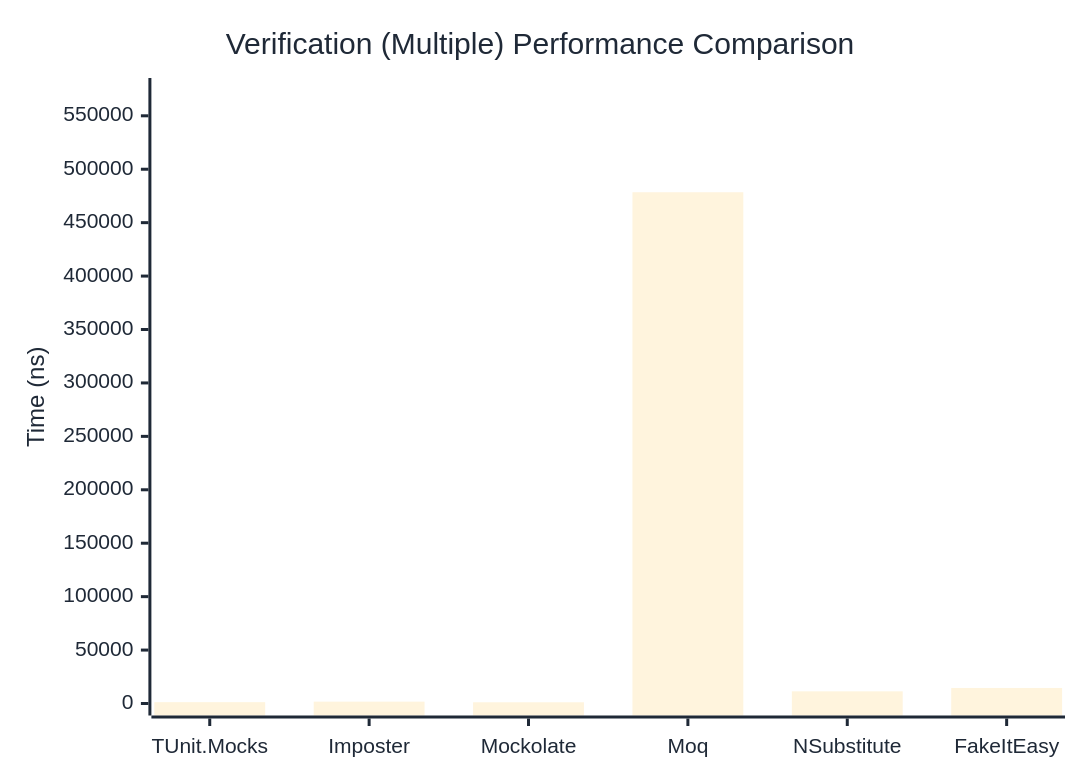
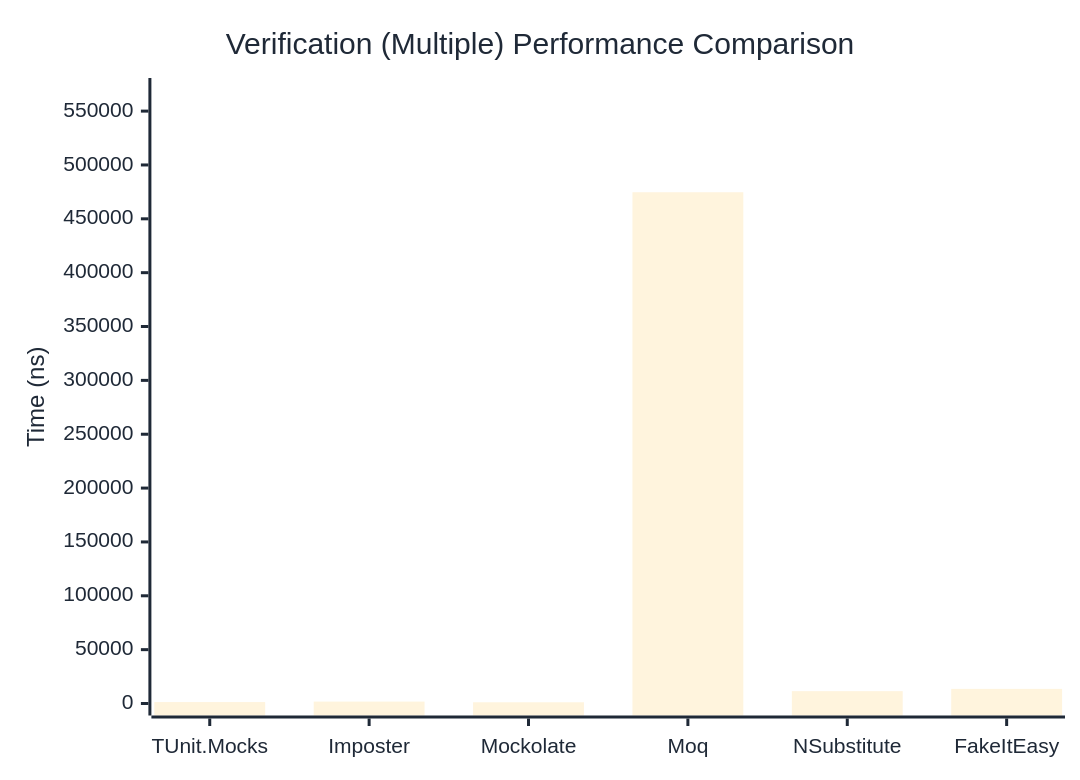
One commit to thomhurst/TUnit changed the third of 3 diagrams in docs/docs/benchmarks/mocks/Verification.md. Above: the diagram before and after it, drawn with Mermaid. The commit also changed other lines of this file and 14 other files, not shown here.

````diff
--- a/docs/docs/benchmarks/mocks/Verification.md
+++ b/docs/docs/benchmarks/mocks/Verification.md
@@ -112,27 +112,27 @@
 ```mermaid
 %%{init: {
   'theme':'base',
   'themeVariables': {
     'primaryColor': '#2563eb',
     'primaryTextColor': '#1f2937',
     'primaryBorderColor': '#1e40af',
     'lineColor': '#6b7280',
     'secondaryColor': '#7c3aed',
     'tertiaryColor': '#dc2626',
     'background': '#ffffff',
     'pie1': '#2563eb',
     'pie2': '#7c3aed',
     'pie3': '#dc2626',
     'pie4': '#f59e0b',
     'pie5': '#10b981',
     'pie6': '#06b6d4',
     'pie7': '#ec4899',
     'pie8': '#6366f1'
   }
 }}%%
 xychart-beta
   title "Verification (Multiple) Performance Comparison"
   x-axis ["TUnit.Mocks", "Imposter", "Mockolate", "Moq", "NSubstitute", "FakeItEasy"]
-  y-axis "Time (ns)" 0 --> 574147
-  bar [1243.28, 1731.31, 1136.7, 478455.05, 11378.5, 14544.69]
+  y-axis "Time (ns)" 0 --> 569598
+  bar [1318.97, 1774.48, 1150.95, 474664.82, 11454.25, 13578.86]
 ```
````
